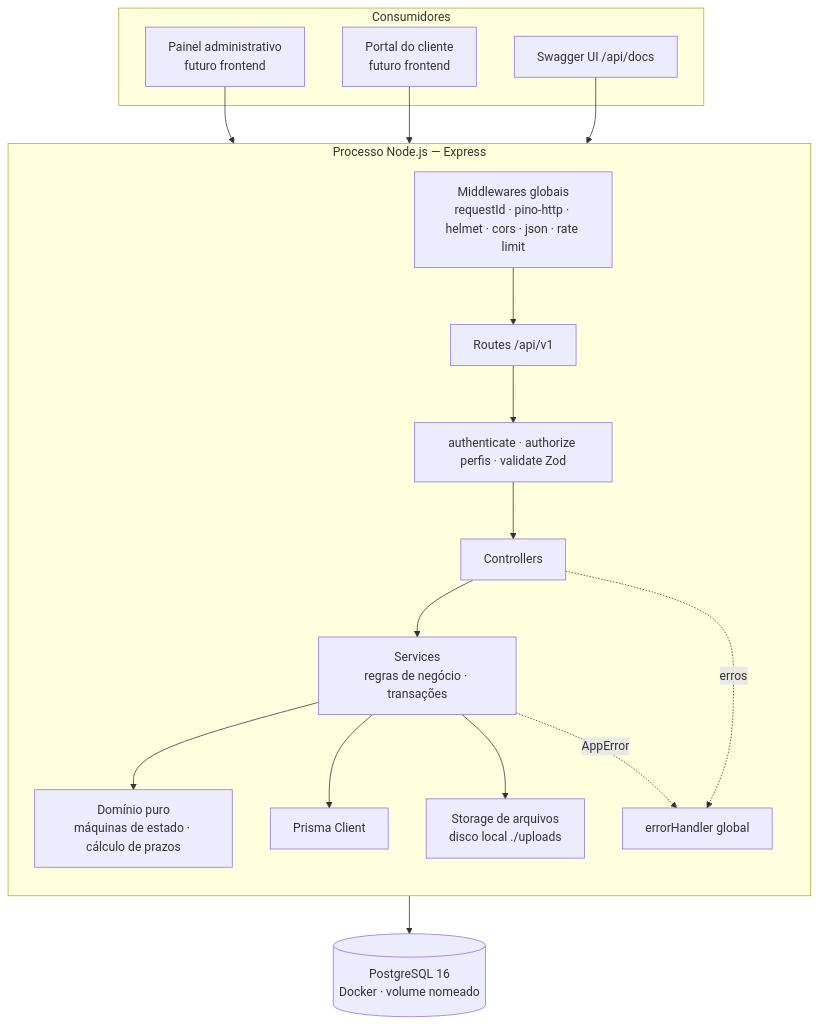
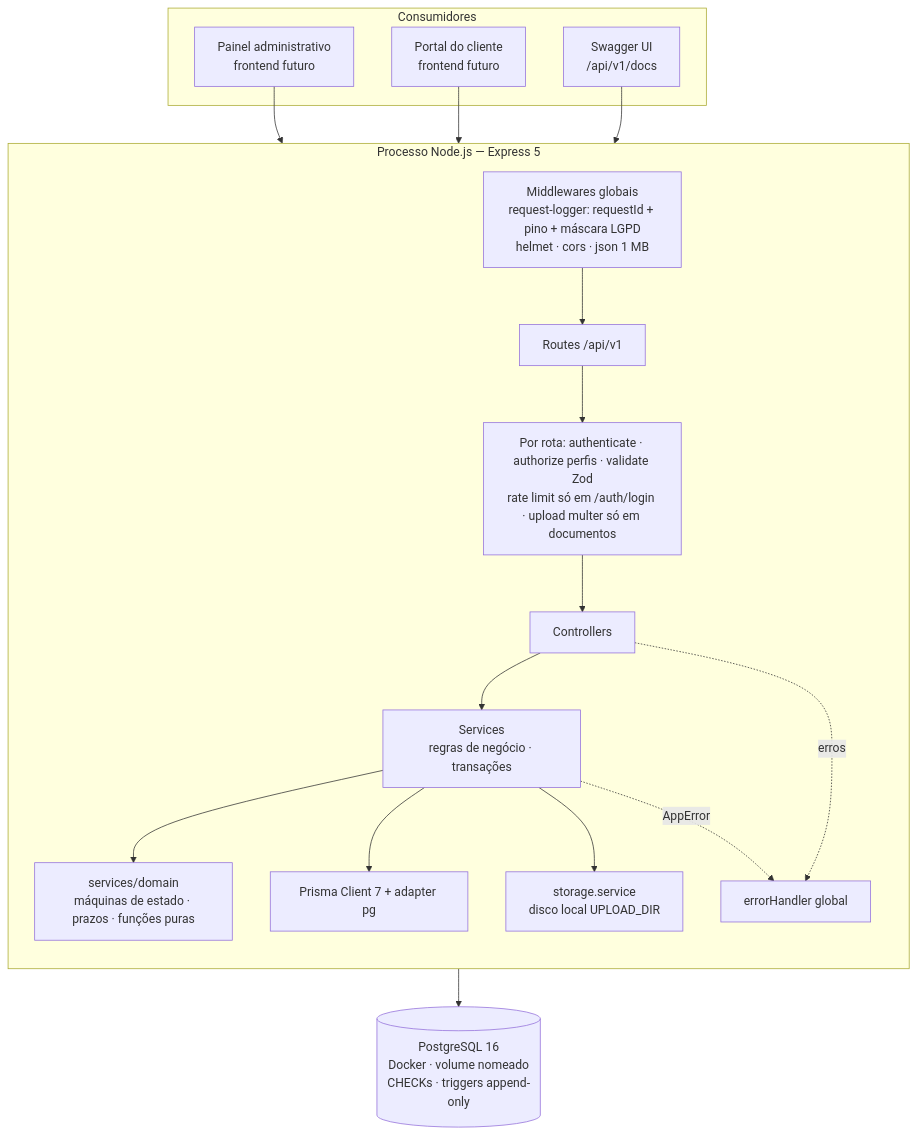
The first of 3 diagrams in arquitetura.md (arthurtrawi/Blindtrack), drawn with Mermaid before and after one commit. The commit also changed other lines of this file and 10 other files, not shown here.

Commit message:
docs: documentacao final, casos de uso, diagramas e evidencias (fase 6)

````diff
--- a/arquitetura.md
+++ b/arquitetura.md
@@ -14,30 +20,30 @@
 ```mermaid
 flowchart TB
-    subgraph Clientes_HTTP[Consumidores]
-        P[Painel administrativo<br/>futuro frontend]
-        C[Portal do cliente<br/>futuro frontend]
-        S[Swagger UI /api/docs]
+    subgraph Consumidores
+        P[Painel administrativo<br/>frontend futuro]
+        C[Portal do cliente<br/>frontend futuro]
+        S[Swagger UI<br/>/api/v1/docs]
     end
 
-    subgraph API[Processo Node.js — Express]
+    subgraph API[Processo Node.js — Express 5]
         direction TB
-        MW[Middlewares globais<br/>requestId · pino-http · helmet · cors · json · rate limit]
+        MW[Middlewares globais<br/>request-logger: requestId + pino + máscara LGPD<br/>helmet · cors · json 1 MB]
         R[Routes /api/v1]
-        AM[authenticate · authorize perfis · validate Zod]
+        AM[Por rota: authenticate · authorize perfis · validate Zod<br/>rate limit só em /auth/login · upload multer só em documentos]
         CT[Controllers]
         SV[Services<br/>regras de negócio · transações]
-        DM[Domínio puro<br/>máquinas de estado · cálculo de prazos]
-        PR[Prisma Client]
+        DM[services/domain<br/>máquinas de estado · prazos · funções puras]
+        PR[Prisma Client 7 + adapter pg]
         EH[errorHandler global]
-        ST[Storage de arquivos<br/>disco local ./uploads]
+        ST[storage.service<br/>disco local UPLOAD_DIR]
     end
 
-    DB[(PostgreSQL 16<br/>Docker · volume nomeado)]
+    DB[(PostgreSQL 16<br/>Docker · volume nomeado<br/>CHECKs · triggers append-only)]
 
     P & C & S --> MW --> R --> AM --> CT --> SV
     SV --> DM
     SV --> PR --> DB
     SV --> ST
     CT -. erros .-> EH
     SV -. AppError .-> EH
 ```
````
